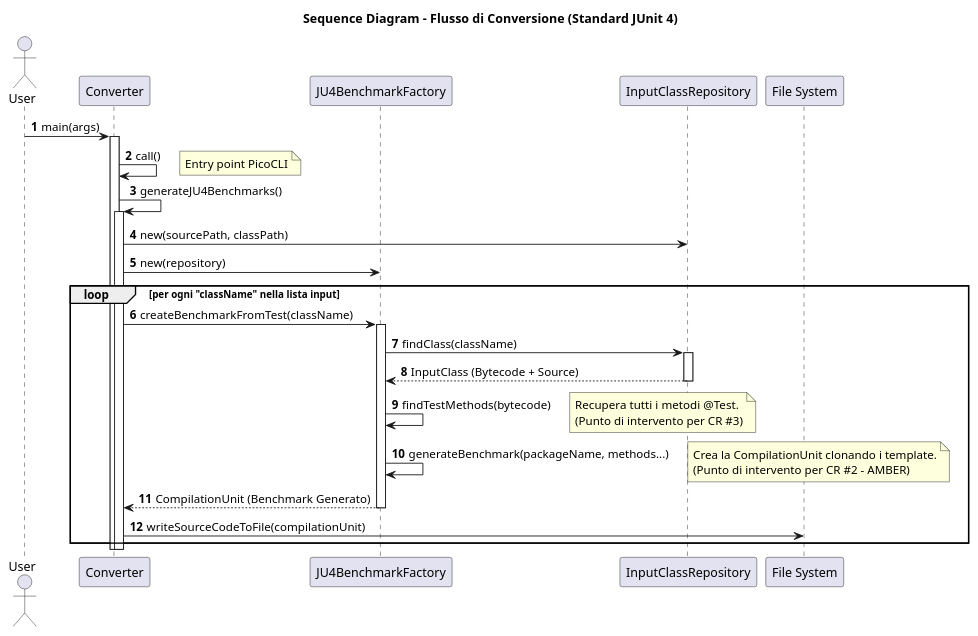
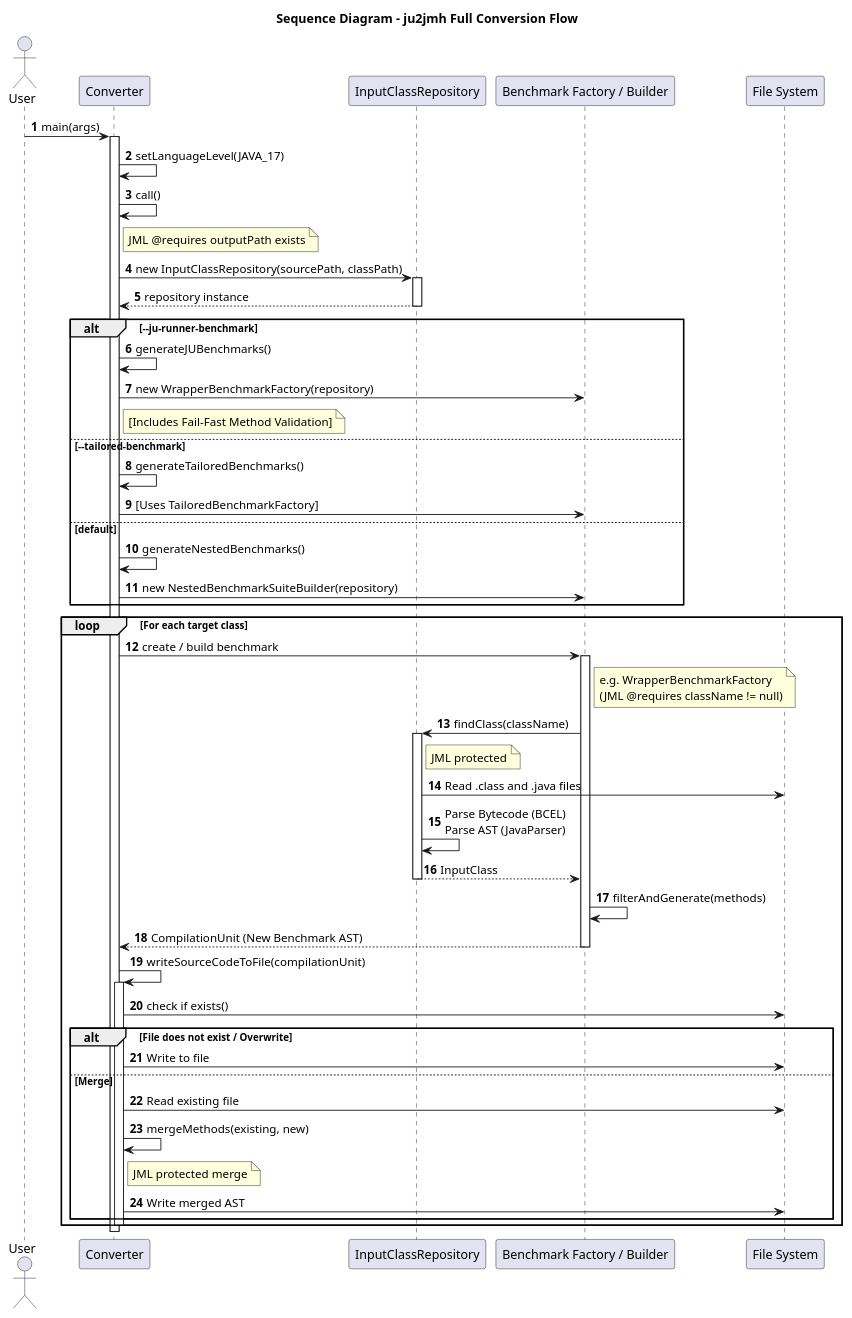
The diagram in Diagrams/SequenceDiagram.puml (MikeCillo/junit-to-jmh), drawn with PlantUML before and after one commit. The commit also changed 5 other files, not shown here.

Commit message:
generation of SequenceDiagram, Callgraph and fix JML in NestedBenchmarkSuiteBuilder.java and WrapperBenchmarkFactory.java

```diff
--- a/Diagrams/SequenceDiagram.puml
+++ b/Diagrams/SequenceDiagram.puml
@@ -1,54 +1,70 @@
 @startuml
-title Sequence Diagram - Flusso di Conversione (Standard JUnit 4)
+title Sequence Diagram - ju2jmh Full Conversion Flow
 autonumber
 
 actor User
 participant "Converter" as C
-participant "JU4BenchmarkFactory" as F
 participant "InputClassRepository" as R
+participant "Benchmark Factory / Builder" as F
 participant "File System" as FS
 
 User -> C : main(args)
 activate C
+C -> C : setLanguageLevel(JAVA_17)
+C -> C : call()
+note right of C: JML @requires outputPath exists
 
-C -> C : call()
-note right: Entry point PicoCLI
+' Inizializzazione Repository Condiviso
+C -> R : new InputClassRepository(sourcePath, classPath)
+activate R
+R --> C : repository instance
+deactivate R
 
-C -> C : generateJU4Benchmarks()
-activate C
+alt --ju-runner-benchmark
+    C -> C : generateJUBenchmarks()
+    C -> F : new WrapperBenchmarkFactory(repository)
+    note right of C: [Includes Fail-Fast Method Validation]
+else --tailored-benchmark
+    C -> C : generateTailoredBenchmarks()
+    C -> F : [Uses TailoredBenchmarkFactory]
+else default
+    C -> C : generateNestedBenchmarks()
+    C -> F : new NestedBenchmarkSuiteBuilder(repository)
+end
 
-    ' Creazione Repository
-    C -> R : new(sourcePath, classPath)
+loop For each target class
+    C -> F : create / build benchmark
+    activate F
+    note right of F: e.g. WrapperBenchmarkFactory\n(JML @requires className != null)
 
-    ' Creazione Factory
-    C -> F : new(repository)
+    ' Ast & Bytecode Fetching
+    F -> R : findClass(className)
+    activate R
+    note right of R: JML protected
+    R -> FS : Read .class and .java files
+    R -> R : Parse Bytecode (BCEL)\nParse AST (JavaParser)
+    R --> F : InputClass
+    deactivate R
 
-    loop per ogni "className" nella lista input
-        C -> F : createBenchmarkFromTest(className)
-        activate F
+    ' Model Generation
+    F -> F : filterAndGenerate(methods)
+    F --> C : CompilationUnit (New Benchmark AST)
+    deactivate F
 
-        ' 1. Recupero Input
-        F -> R : findClass(className)
-        activate R
-        R --> F : InputClass (Bytecode + Source)
-        deactivate R
-
-        ' 2. Analisi Metodi
-        F -> F : findTestMethods(bytecode)
-        note right: Recupera tutti i metodi @Test.\n(Punto di intervento per CR #3)
-
-        ' 3. Generazione Codice
-        F -> F : generateBenchmark(packageName, methods...)
-        note right: Crea la CompilationUnit clonando i template.\n(Punto di intervento per CR #2 - AMBER)
-
-        F --> C : CompilationUnit (Benchmark Generato)
-        deactivate F
-
-        ' 4. Scrittura su Disco
-        C -> FS : writeSourceCodeToFile(compilationUnit)
+    ' Output & Conflict Resolution Phase
+    C -> C : writeSourceCodeToFile(compilationUnit)
+    activate C
+    C -> FS : check if exists()
+    alt File does not exist / Overwrite
+        C -> FS : Write to file
+    else Merge
+        C -> FS : Read existing file
+        C -> C : mergeMethods(existing, new)
+        note right of C: JML protected merge
+        C -> FS : Write merged AST
     end
+    deactivate C
+end
 
 deactivate C
-deactivate C
-
 @enduml
```
